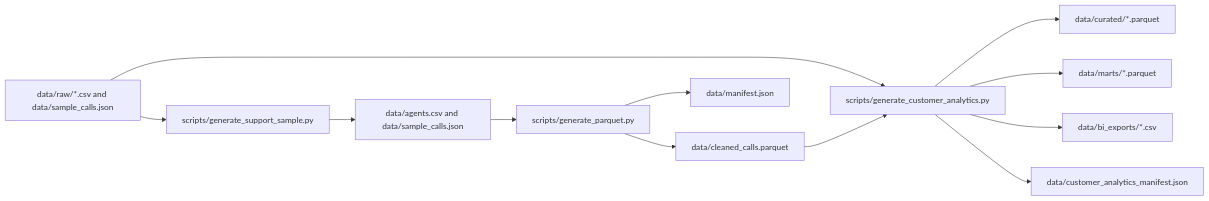
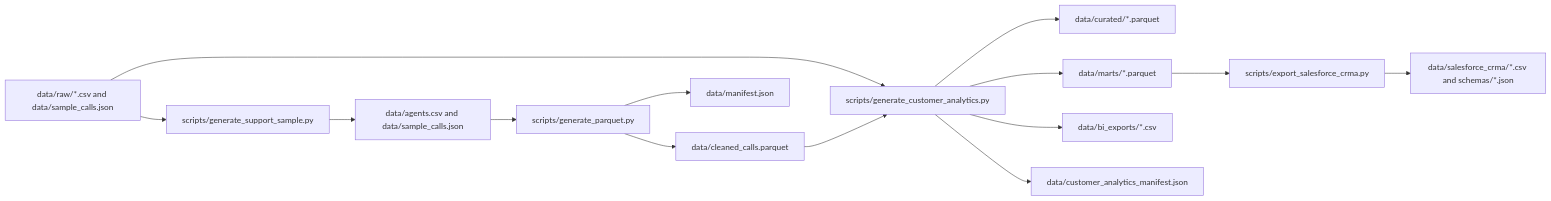
One commit to bbfosho0/Customer-Success-Analytics-Command-Center changed the first of 3 diagrams in README.md. Above: the diagram before and after it, drawn with Mermaid. The commit also changed other lines of this file and 16 other files, not shown here.

Commit message:
Add Salesforce CRM Analytics export layer

````diff
--- a/README.md
+++ b/README.md
@@ -33,14 +33,16 @@
 ```mermaid
 flowchart LR
     A[data/raw/*.csv and data/sample_calls.json] --> B[scripts/generate_support_sample.py]
     B --> C[data/agents.csv and data/sample_calls.json]
     C --> D[scripts/generate_parquet.py]
     D --> E[data/cleaned_calls.parquet]
     A --> F[scripts/generate_customer_analytics.py]
     E --> F
     F --> G[data/curated/*.parquet]
     F --> H[data/marts/*.parquet]
     F --> I[data/bi_exports/*.csv]
     F --> J[data/customer_analytics_manifest.json]
+    H --> L[scripts/export_salesforce_crma.py]
+    L --> M[data/salesforce_crma/*.csv and schemas/*.json]
     D --> K[data/manifest.json]
 ```
````
